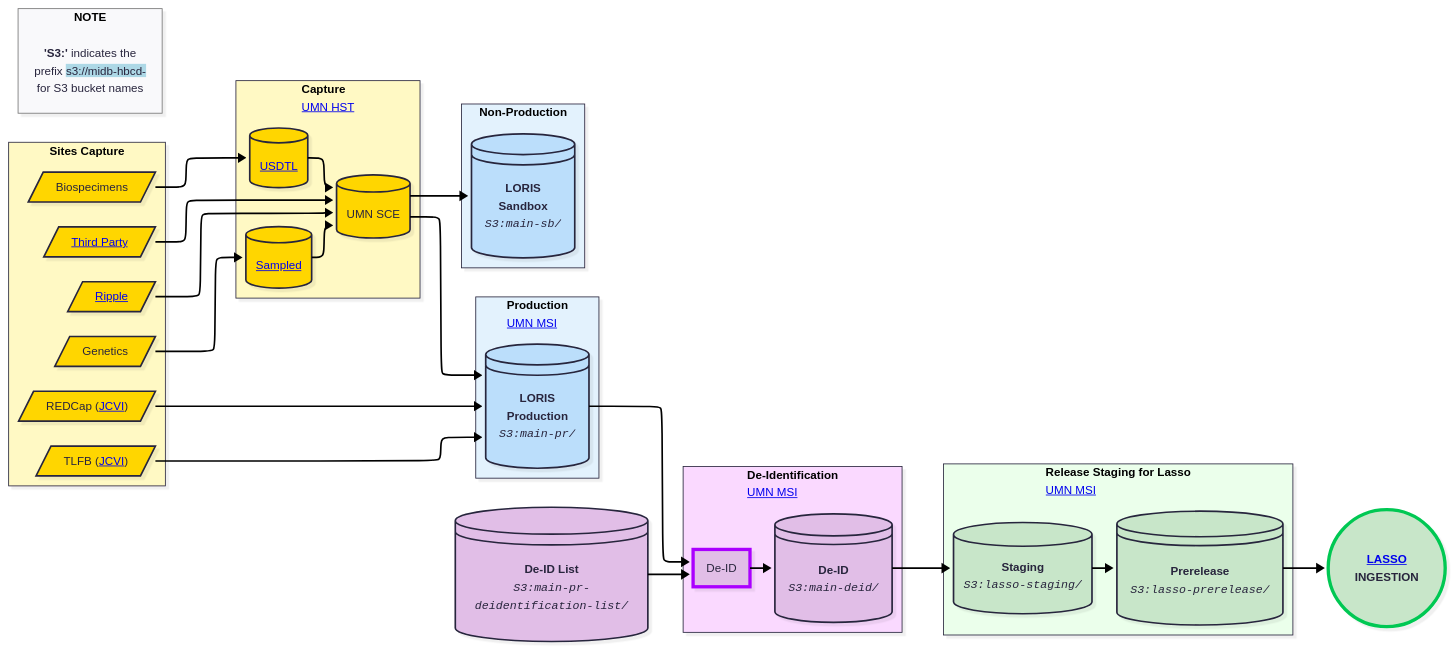
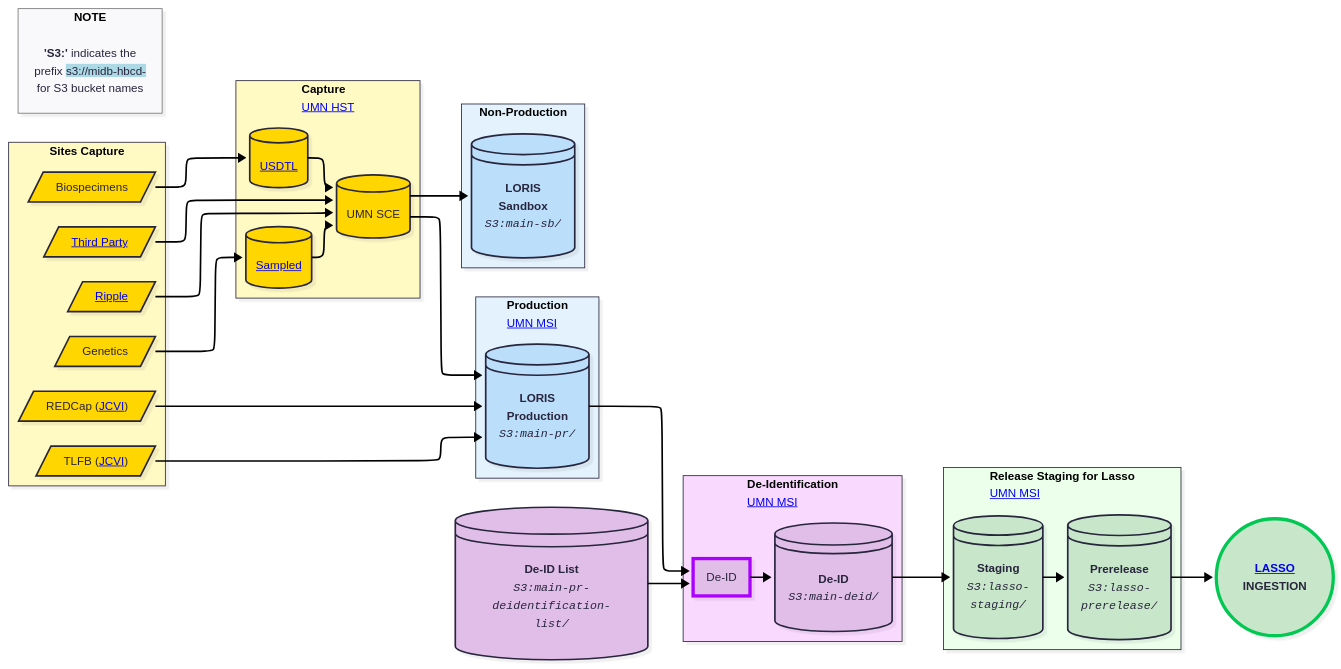
The diagram in src/mermaid/tab-wf.mmd (DCAN-Labs/hbcd-docs-internal), drawn with Mermaid before and after one commit. The commit also changed 1 other file, not shown here.

```diff
--- a/src/mermaid/tab-wf.mmd
+++ b/src/mermaid/tab-wf.mmd
@@ -1,96 +1,96 @@
 ---
 config:
   layout: elk
   look: neo
   theme: redux
 ---
 flowchart LR
  subgraph Capture_LORIS["<b>Sites Capture</b><br>"]
         n13@{ label: "REDCap (<a href=\"../../orgcharts/#j-craig-venter-institute\" rel=\"noopener\" target=\"_blank\">JCVI</a>)" }
         n14@{ label: "TLFB (<a href=\"../../orgcharts/#j-craig-venter-institute\" rel=\"noopener\" target=\"_blank\">JCVI</a>)" }
         n16@{ label: "<a href=\"../../orgcharts/#ripple\" rel=\"noopener\" target=\"_blank\">Ripple</a>" }
         n17@{ label: "<a href=\"#third-party\" target=\"_top\">Third Party</a>" }
         n18["Biospecimens"]
         n19["Genetics"]
   end
  subgraph s1["<b>Production</b><br><a href=../../orgcharts/#midb-informatics-hub-msi rel=noopener target=_blank>UMN MSI</a>"]
         n15@{ label: "<b>LORIS<br>Production</b><br><span style=\"color:\"><code><i>S3:main-pr/</i></code></span>" }
   end
  subgraph s2["<b>Capture</b><br><a href=../../orgcharts/#health-sciences-technology rel=noopener target=_blank>UMN HST</a>"]
         n20@{ label: "<a href=\"https://sampled.com/\">Sampled</a>" }
         n21["UMN SCE"]
         n22@{ label: "<a href=\"https://www.usdtl.com/\">USDTL</a>" }
   end
  subgraph s3["<b>Non-Production</b>"]
         n23["<b>LORIS<br>Sandbox</b><br><code><i>S3:main-sb/</i></code>"]
   end
  subgraph s4["<b>De-Identification</b><br><a href=../../orgcharts/#midb-informatics-hub-msi rel=noopener target=_blank>UMN MSI</a>"]
         n25["De-ID"]
         n26["<b>De-ID<br></b><code><i>S3:main-deid/</i></code>"]
   end
  subgraph s5["<b>Release Staging for Lasso</b><br><a href=../../orgcharts/#midb-informatics-hub-msi rel=noopener target=_blank>UMN MSI</a>"]
-        n27["<b>Staging</b><br><code><i>S3:lasso-staging/</i></code>"]
-        n28@{ label: "<b>Prerelease<br></b><code><i><span style=\"background-color:\">S3:</span>lasso-prerelease/</i></code>" }
+        n27["<b>Staging</b><br><code><i>S3:lasso-<br>staging/</i></code>"]
+        n28@{ label: "<b>Prerelease<br></b><code><i><span style=\"background-color:\">S3:</span>lasso-<br>prerelease/</i></code>" }
   end
  subgraph s6["<b>NOTE</b>"]
         legend@{ label: "<b>'S3:'</b> indicates the<br>prefix <span style=\"background-color:lightblue;\">s3://midb-hbcd-<br></span>for S3 bucket names" }
   end
     n13 --> n15
     n14 --> n15
     n16 --> n21
     n17 --> n21
     n19 --> n20
     n18 --> n22
     n20 --> n21
     n22 --> n21
     n21 --> n15 & n23
     n15 --> n25
     n25 --> n26
     n27 --> n28
     n26 --> n27
-    n29["<b>De-ID List<br></b><code><i>S3:main-pr-deidentification-list/</i></code>"] --> n25
+    n29["<b>De-ID List<br></b><code><i>S3:main-pr-deidentification-<br>list/</i></code>"] --> n25
     n28 --> n30@{ label: "<a href=\"../../orgcharts/#lasso\" rel=\"noopener\" target=\"_blank\"><b>LASSO</a><br>INGESTION</b>" }
     n13@{ shape: lean-r}
     n14@{ shape: lean-r}
     n16@{ shape: lean-r}
     n17@{ shape: lean-r}
     n18@{ shape: lean-r}
     n19@{ shape: lean-r}
     n15@{ shape: disk}
     n20@{ shape: db}
     n21@{ shape: db}
     n22@{ shape: db}
     n23@{ shape: disk}
     n25@{ shape: rect}
     n26@{ shape: disk}
-    n27@{ shape: db}
+    n27@{ shape: disk}
     n28@{ shape: disk}
     legend@{ shape: text}
     n29@{ shape: disk}
     n30@{ shape: circle}
     s4@{ shape: rect}
     s5@{ shape: rect}
     style n13 fill:#FFD600
     style n14 fill:#FFD600
     style n16 fill:#FFD600
     style n17 fill:#FFD600
     style n18 fill:#FFD600
     style n19 fill:#FFD600
     style n15 fill:#BBDEFB
     style n20 fill:#FFD600
     style n21 fill:#FFD600
     style n22 fill:#FFD600
     style n23 fill:#BBDEFB
     style n25 fill:#E1BEE7,stroke:#AA00FF,stroke-width:4px,stroke-dasharray: 0
     style n26 fill:#E1BEE7
     style n27 fill:#C8E6C9
     style n28 fill:#C8E6C9
     style n29 fill:#E1BEE7
     style n30 fill:#C8E6C9,stroke:#00C853,stroke-width:4px,stroke-dasharray: 0
     style s4 fill:#FAD9FF
     style s5 fill:#EBFFEB
     style Capture_LORIS fill:#FFF9C4
     style s1 fill:#E3F2FD
     style s2 fill:#FFF9C4
     style s3 fill:#E3F2FD
     style s6 color:#000000,stroke:#757575
```
